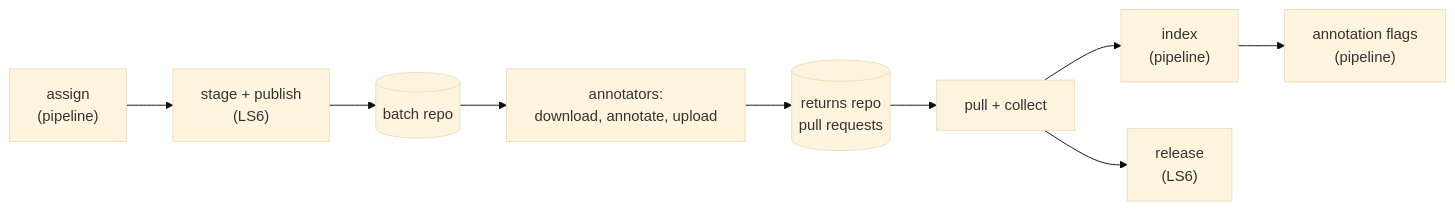
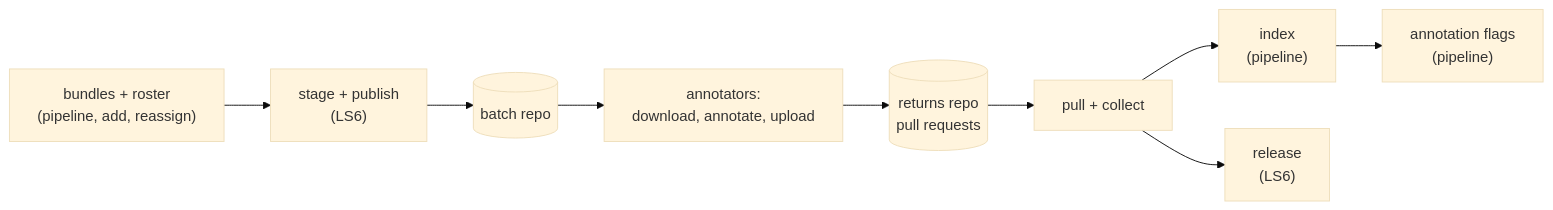
Before and after one commit to oopsie-data/oopsie-backend: the diagram in docs/pipeline/annotation/index.md, drawn with Mermaid (base theme). The commit also changed other lines of this file and 40 other files, not shown here.

````diff
--- a/docs/pipeline/annotation/index.md
+++ b/docs/pipeline/annotation/index.md
@@ -7,10 +7,10 @@
 ```mermaid
 flowchart LR
-  assign["assign<br/>(pipeline)"] --> stage["stage + publish<br/>(LS6)"]
+  bundles["bundles + roster<br/>(pipeline, add, reassign)"] --> stage["stage + publish<br/>(LS6)"]
   stage --> hf[("batch repo")]
   hf --> ann["annotators:<br/>download, annotate, upload"]
   ann --> ret[("returns repo<br/>pull requests")]
   ret --> pull["pull + collect"]
   pull --> idx["index<br/>(pipeline)"] --> flags["annotation flags<br/>(pipeline)"]
   pull --> rel["release<br/>(LS6)"]
 ```
````
